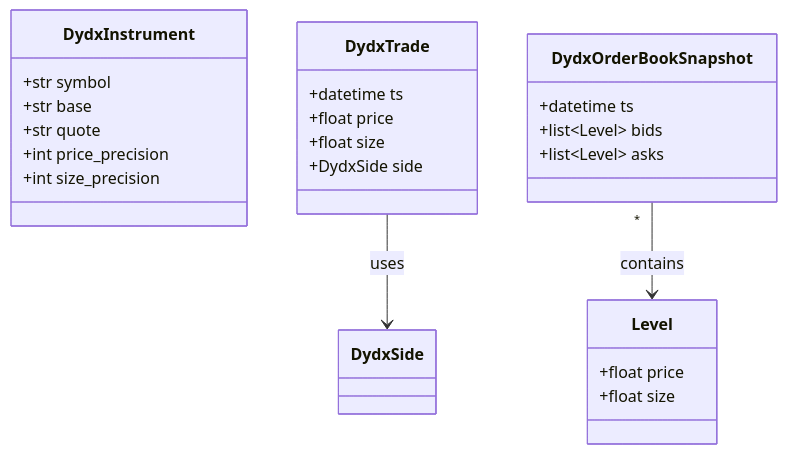
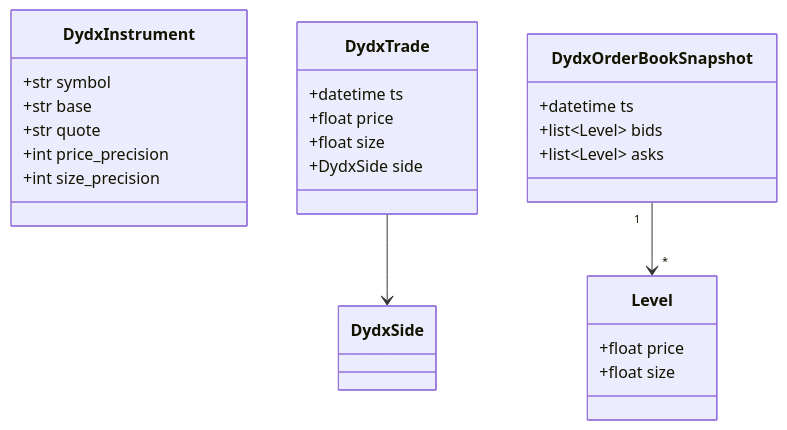
One commit to nicolad/nautilus-trader-dydx changed diagram 13 of 14 in diagrams.md. Above: the diagram before and after it, drawn with Mermaid. The commit also changed other lines of this file, not shown here.

````diff
--- a/diagrams.md
+++ b/diagrams.md
@@ -262,31 +364,31 @@
 ```mermaid
 classDiagram
     class DydxInstrument {
         +str symbol
         +str base
         +str quote
         +int price_precision
         +int size_precision
     }
 
     class DydxTrade {
         +datetime ts
         +float price
         +float size
         +DydxSide side
     }
 
     class DydxOrderBookSnapshot {
         +datetime ts
         +list~Level~ bids
         +list~Level~ asks
     }
 
     class Level {
         +float price
         +float size
     }
 
-    DydxOrderBookSnapshot "*" --> Level : contains
-    DydxTrade --> DydxSide : uses
+    DydxOrderBookSnapshot "1" --> "*" Level
+    DydxTrade --> DydxSide
 ```
````
